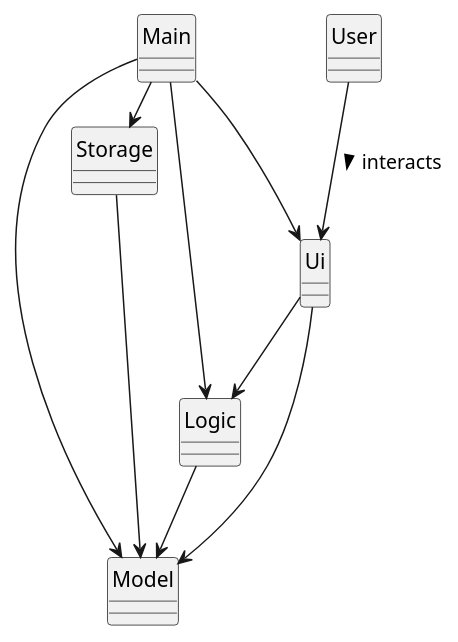
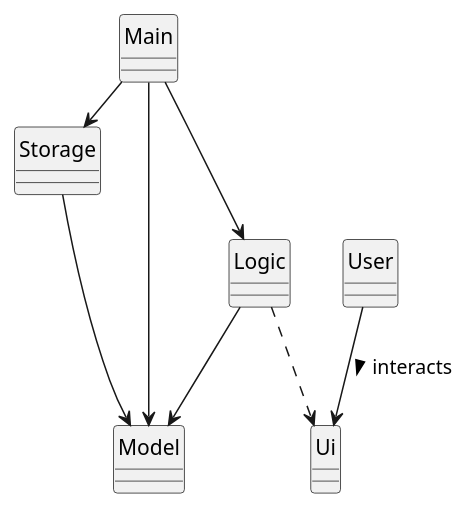
Before and after one commit to je-nnyt/tp: the diagram in docs/uml/architecture.puml, drawn with PlantUML. The commit also changed 6 other files, not shown here.

```diff
--- a/docs/uml/architecture.puml
+++ b/docs/uml/architecture.puml
@@ -1,31 +1,29 @@
 @startuml
 
 hide circle
 skinparam classAttributeIconSize 0
 
 class User
 
 class Model
 
 class Storage
 
 class Ui
 
 class Logic
 
 class Main
 
 User --> Ui : interacts >
 
-Ui -> Model
-Ui --> Logic
 
 Main --> Model
 Main --> Logic
 Main -> Storage
-Main --> Ui
 
 Storage -> Model
 
 Logic --> Model
+Logic ..> Ui
 @enduml
```
